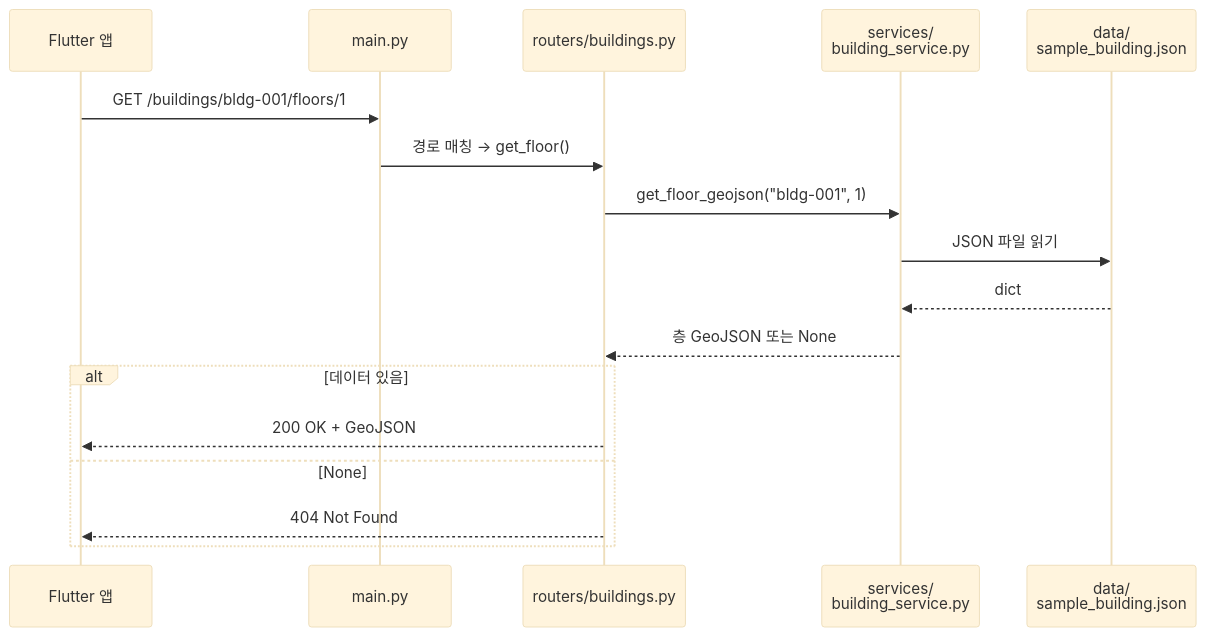
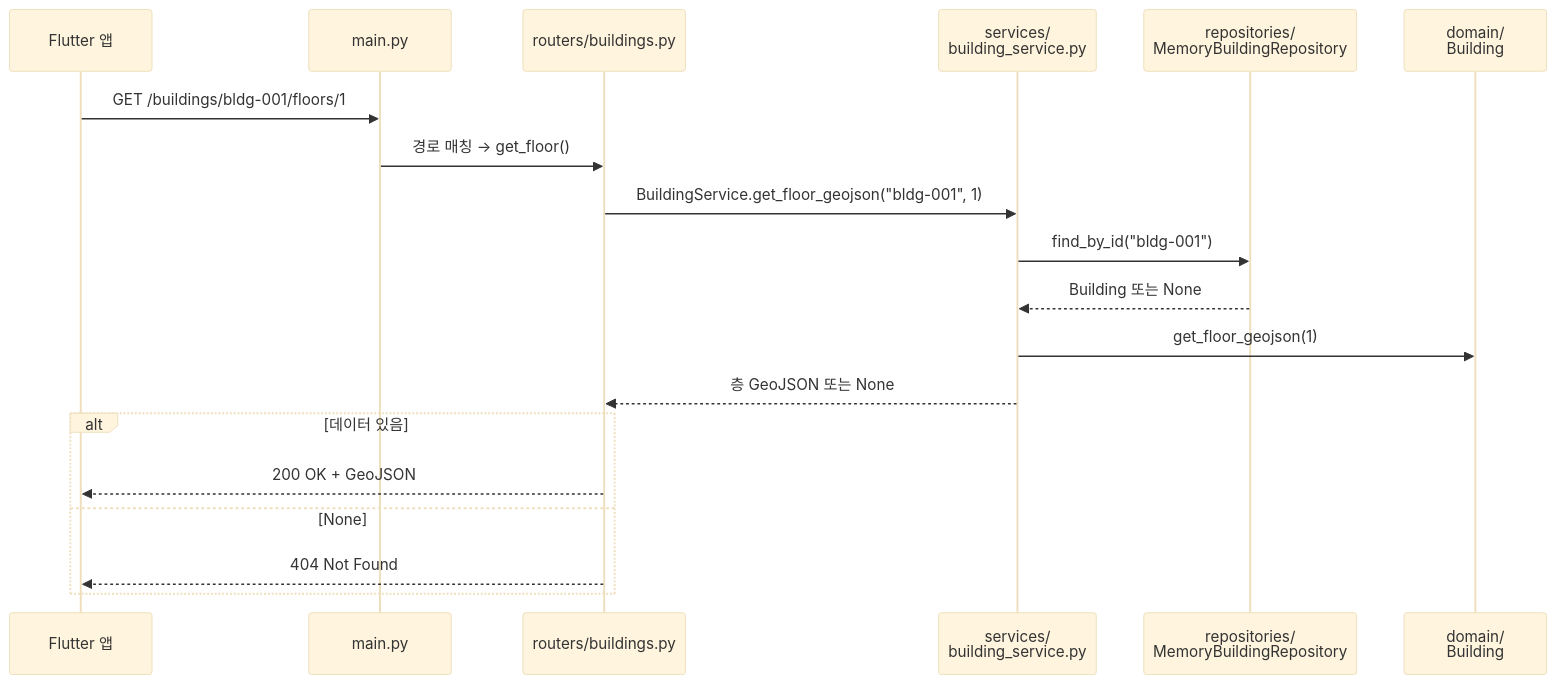
The first of 2 diagrams in issues/milestone-01-setup/M1-002-backend-fastapi-scaffold.md (Routex-labs/Navigation), drawn with Mermaid (base theme) before and after one commit. The commit also changed other lines of this file and 12 other files, not shown here.

````diff
--- a/issues/milestone-01-setup/M1-002-backend-fastapi-scaffold.md
+++ b/issues/milestone-01-setup/M1-002-backend-fastapi-scaffold.md
@@ -427,20 +624,22 @@
 ```mermaid
 sequenceDiagram
     participant F as Flutter 앱
     participant M as main.py
     participant R as routers/buildings.py
     participant S as services/<br/>building_service.py
-    participant D as data/<br/>sample_building.json
+    participant P as repositories/<br/>MemoryBuildingRepository
+    participant D as domain/<br/>Building
 
     F->>M: GET /buildings/bldg-001/floors/1
     M->>R: 경로 매칭 → get_floor()
-    R->>S: get_floor_geojson("bldg-001", 1)
-    S->>D: JSON 파일 읽기
-    D-->>S: dict
+    R->>S: BuildingService.get_floor_geojson("bldg-001", 1)
+    S->>P: find_by_id("bldg-001")
+    P-->>S: Building 또는 None
+    S->>D: get_floor_geojson(1)
     S-->>R: 층 GeoJSON 또는 None
     alt 데이터 있음
         R-->>F: 200 OK + GeoJSON
     else None
         R-->>F: 404 Not Found
     end
 ```
````
